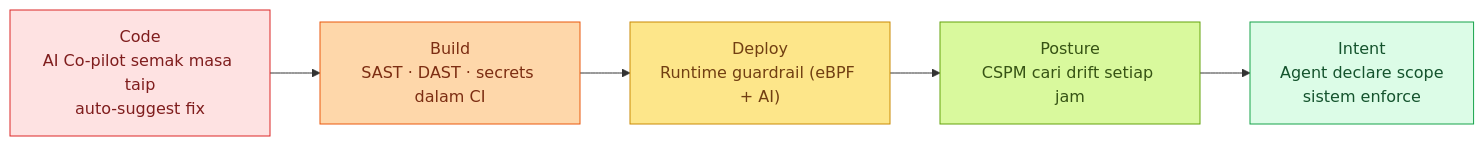
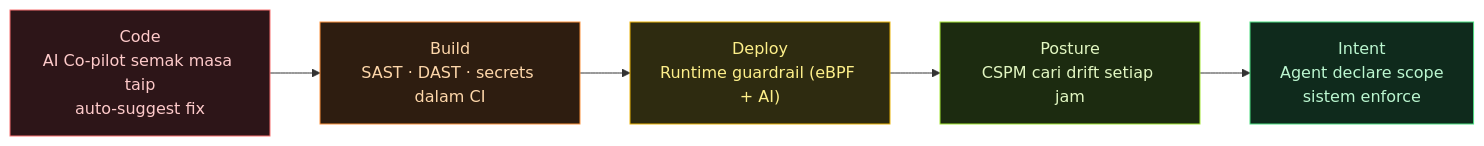
Before and after one commit to arifbazli/malay-tech-journal: the second of 4 diagrams in src/content/posts/ms/age-01-trend-2026.md, drawn with Mermaid. The commit also changed other lines of this file and 16 other files, not shown here.

First line of the commit message:
fix(mermaid): fix light-theme colors and rendering bugs across all diagrams

````diff
--- a/src/content/posts/ms/age-01-trend-2026.md
+++ b/src/content/posts/ms/age-01-trend-2026.md
@@ -62,14 +61,14 @@
 ```mermaid
 flowchart LR
   C1["Code<br/>AI Co-pilot semak masa taip<br/>auto-suggest fix"]:::stage1
   C2["Build<br/>SAST · DAST · secrets dalam CI"]:::stage2
   C3["Deploy<br/>Runtime guardrail (eBPF + AI)"]:::stage3
   C4["Posture<br/>CSPM cari drift setiap jam"]:::stage4
   C5["Intent<br/>Agent declare scope<br/>sistem enforce"]:::stage5
   C1 --> C2 --> C3 --> C4 --> C5
-  classDef stage1 fill:#fee2e2,stroke:#dc2626,color:#7f1d1d
-  classDef stage2 fill:#fed7aa,stroke:#ea580c,color:#7c2d12
-  classDef stage3 fill:#fde68a,stroke:#ca8a04,color:#713f12
-  classDef stage4 fill:#d9f99d,stroke:#65a30d,color:#365314
-  classDef stage5 fill:#dcfce7,stroke:#16a34a,color:#14532d
+  classDef stage1 fill:#2d1518,stroke:#f87171,color:#fecaca
+  classDef stage2 fill:#2e1d10,stroke:#fb923c,color:#fed7aa
+  classDef stage3 fill:#2e2b10,stroke:#eab308,color:#fef08a
+  classDef stage4 fill:#1c2b10,stroke:#a3e635,color:#e2f7c2
+  classDef stage5 fill:#0f2a1c,stroke:#4ade80,color:#bbf7d0
 ```
````
